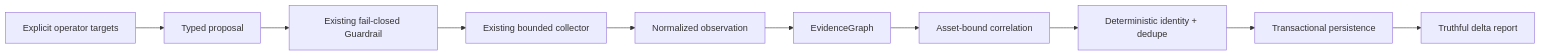
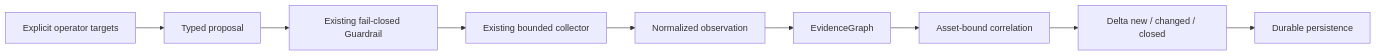
One commit to gesh75/argus changed the second of 2 diagrams in docs/V2_ARCHITECTURE.md. Above: the diagram before and after it, drawn with Mermaid. The commit also changed other lines of this file and 26 other files, not shown here.

````diff
--- a/docs/V2_ARCHITECTURE.md
+++ b/docs/V2_ARCHITECTURE.md
@@ -33,12 +34,11 @@
 ```mermaid
 flowchart LR
     OP["Explicit operator targets"] --> P["Typed proposal"]
     P --> G["Existing fail-closed Guardrail"]
     G --> C["Existing bounded collector"]
     C --> O["Normalized observation"]
     O --> EG["EvidenceGraph"]
     EG --> AC["Asset-bound correlation"]
-    AC --> DI["Deterministic identity + dedupe"]
-    DI --> TP["Transactional persistence"]
-    TP --> D["Truthful delta report"]
+    AC --> D["Delta new / changed / closed"]
+    D --> S["Durable persistence"]
 ```
````
